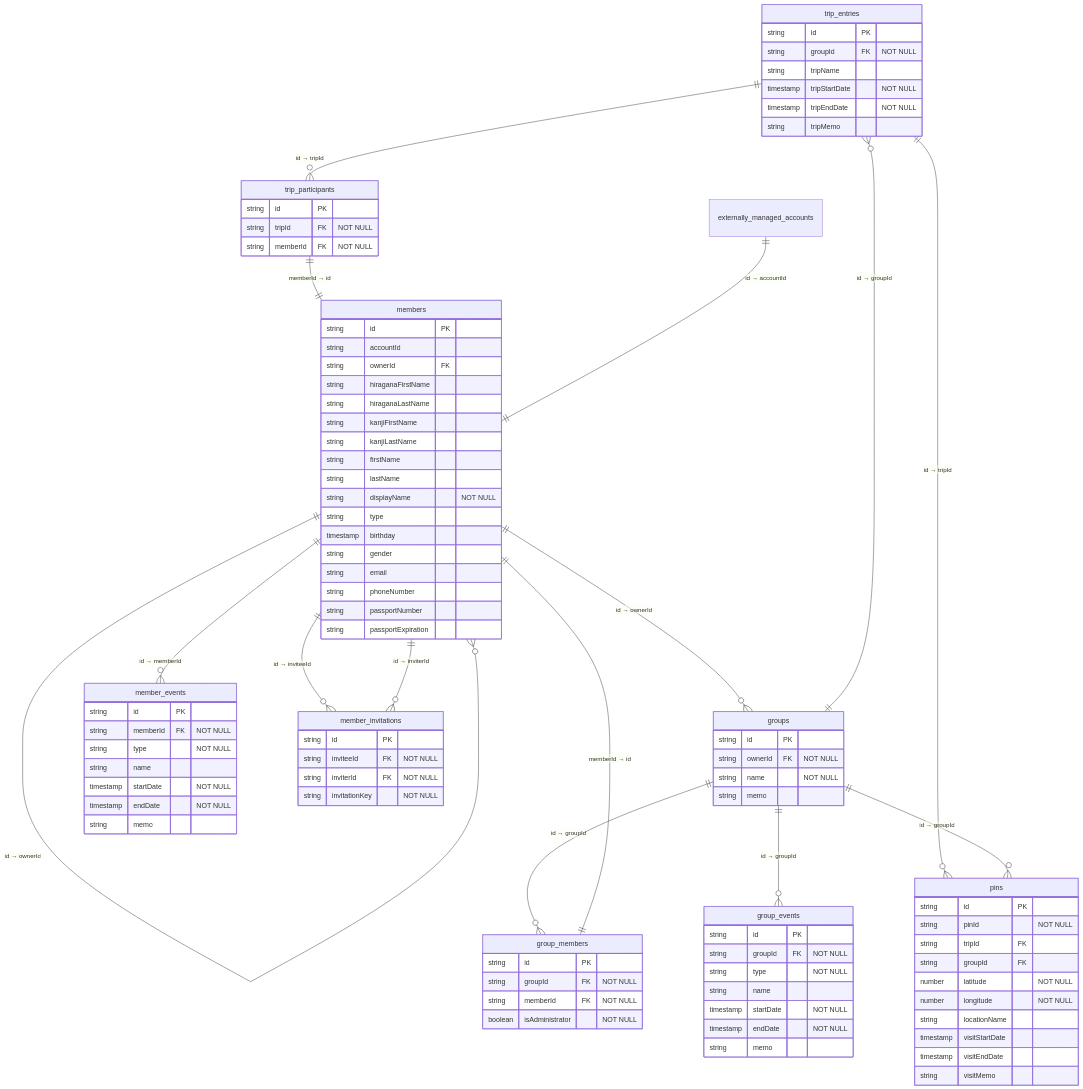
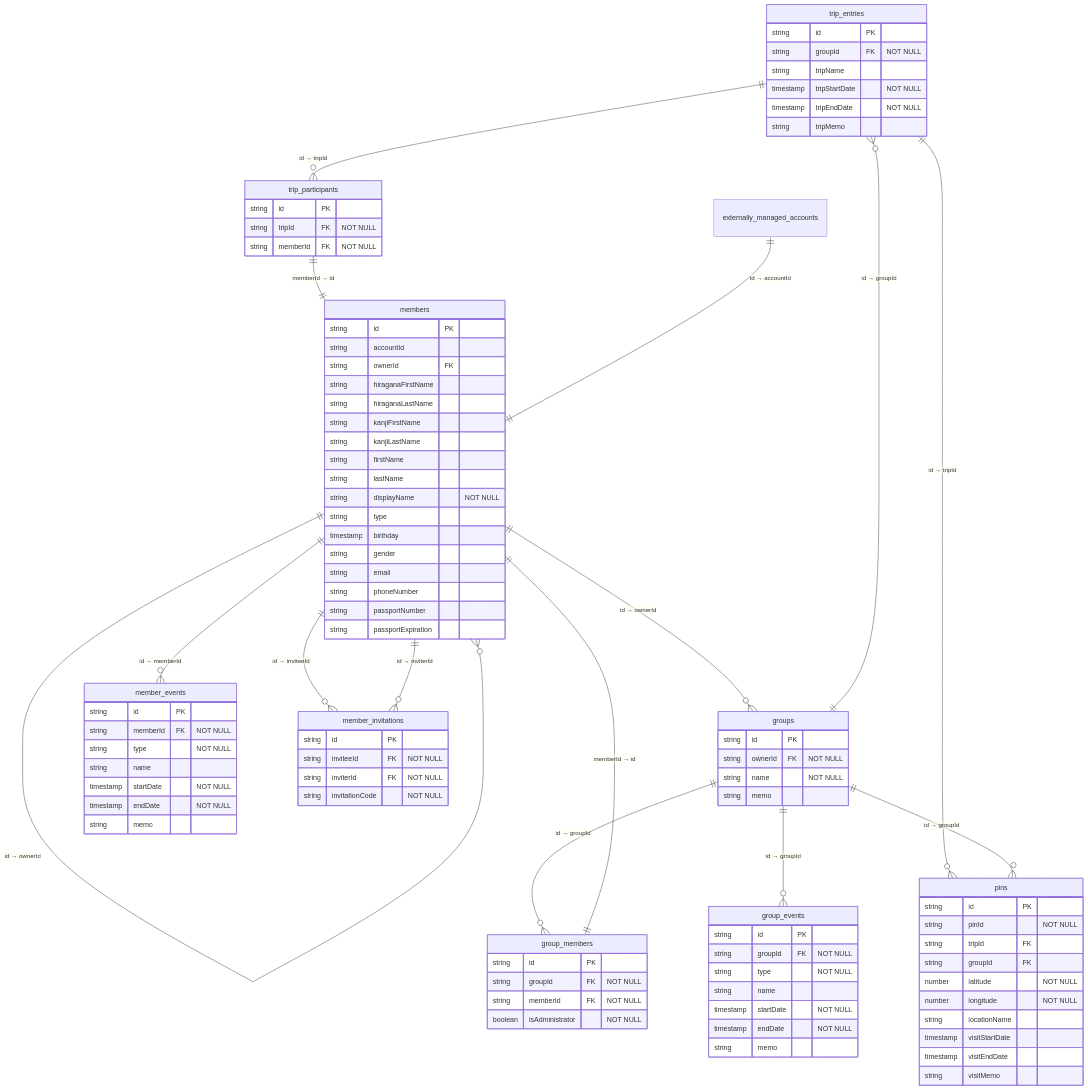
The diagram in docs/er_diagram.md (taka-016/memora), drawn with Mermaid before and after one commit.

Commit message:
ER図コミット漏れ

```diff
--- a/docs/er_diagram.md
+++ b/docs/er_diagram.md
@@ -80,7 +80,7 @@
         string id PK
         string inviteeId FK "NOT NULL"
         string inviterId FK "NOT NULL"
-        string invitationKey "NOT NULL"
+        string invitationCode "NOT NULL"
     }
 
     trip_entries ||--o{ trip_participants : "id → tripId"
```
